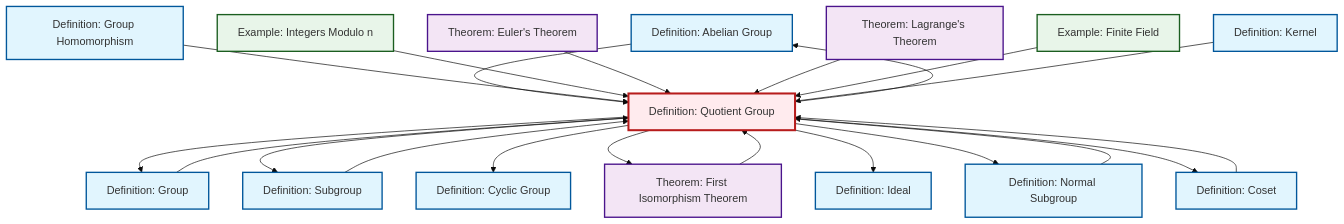
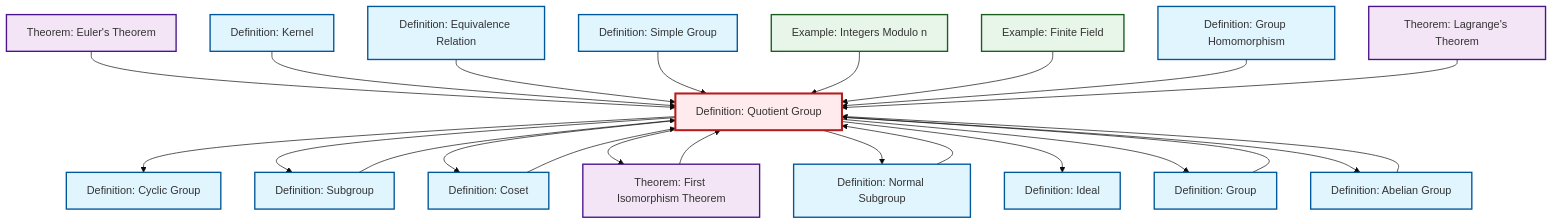
Before and after one commit to RK0429/ModernMath: the diagram in content/en/algebra/def-quotient-group.qmd, drawn with Mermaid (base theme). The commit also changed other lines of this file and 554 other files, not shown here.

````diff
--- a/content/en/algebra/def-quotient-group.qmd
+++ b/content/en/algebra/def-quotient-group.qmd
@@ -144,59 +145,65 @@
 ```{mermaid}
 %%| fig-cap: "Local dependency graph"
 graph TD
     classDef definition fill:#e1f5fe,stroke:#01579b,stroke-width:2px
     classDef theorem fill:#f3e5f5,stroke:#4a148c,stroke-width:2px
     classDef axiom fill:#fff3e0,stroke:#e65100,stroke-width:2px
     classDef example fill:#e8f5e9,stroke:#1b5e20,stroke-width:2px
     classDef current fill:#ffebee,stroke:#b71c1c,stroke-width:3px
+    def-quotient-group["Definition: Quotient Group"]:::definition
+    ex-finite-field["Example: Finite Field"]:::example
+    def-kernel["Definition: Kernel"]:::definition
     def-ideal["Definition: Ideal"]:::definition
     def-abelian-group["Definition: Abelian Group"]:::definition
+    def-subgroup["Definition: Subgroup"]:::definition
+    def-simple-group["Definition: Simple Group"]:::definition
     def-cyclic-group["Definition: Cyclic Group"]:::definition
-    ex-finite-field["Example: Finite Field"]:::example
-    def-quotient-group["Definition: Quotient Group"]:::definition
+    thm-euler["Theorem: Euler's Theorem"]:::theorem
+    ex-quotient-integers-mod-n["Example: Integers Modulo n"]:::example
+    def-group["Definition: Group"]:::definition
+    def-equivalence-relation["Definition: Equivalence Relation"]:::definition
+    def-normal-subgroup["Definition: Normal Subgroup"]:::definition
     def-homomorphism["Definition: Group Homomorphism"]:::definition
-    thm-euler["Theorem: Euler's Theorem"]:::theorem
+    def-coset["Definition: Coset"]:::definition
+    thm-lagrange["Theorem: Lagrange's Theorem"]:::theorem
     thm-first-isomorphism["Theorem: First Isomorphism Theorem"]:::theorem
-    def-group["Definition: Group"]:::definition
-    def-normal-subgroup["Definition: Normal Subgroup"]:::definition
-    def-subgroup["Definition: Subgroup"]:::definition
-    ex-quotient-integers-mod-n["Example: Integers Modulo n"]:::example
-    thm-lagrange["Theorem: Lagrange's Theorem"]:::theorem
-    def-coset["Definition: Coset"]:::definition
-    def-kernel["Definition: Kernel"]:::definition
+    def-coset --> def-quotient-group
+    def-quotient-group --> def-cyclic-group
+    def-quotient-group --> def-subgroup
+    thm-euler --> def-quotient-group
     def-group --> def-quotient-group
+    def-quotient-group --> def-coset
+    def-quotient-group --> thm-first-isomorphism
+    def-subgroup --> def-quotient-group
+    thm-first-isomorphism --> def-quotient-group
+    def-kernel --> def-quotient-group
+    def-equivalence-relation --> def-quotient-group
+    def-quotient-group --> def-normal-subgroup
+    def-simple-group --> def-quotient-group
+    ex-quotient-integers-mod-n --> def-quotient-group
+    def-quotient-group --> def-ideal
+    def-quotient-group --> def-group
+    ex-finite-field --> def-quotient-group
     def-abelian-group --> def-quotient-group
-    def-coset --> def-quotient-group
-    thm-first-isomorphism --> def-quotient-group
-    def-quotient-group --> def-group
-    def-subgroup --> def-quotient-group
-    def-quotient-group --> def-subgroup
+    def-quotient-group --> def-abelian-group
     def-homomorphism --> def-quotient-group
-    ex-quotient-integers-mod-n --> def-quotient-group
-    thm-euler --> def-quotient-group
-    def-quotient-group --> def-cyclic-group
+    def-normal-subgroup --> def-quotient-group
     thm-lagrange --> def-quotient-group
-    ex-finite-field --> def-quotient-group
-    def-kernel --> def-quotient-group
-    def-quotient-group --> def-abelian-group
-    def-quotient-group --> thm-first-isomorphism
-    def-quotient-group --> def-ideal
-    def-quotient-group --> def-normal-subgroup
-    def-quotient-group --> def-coset
-    def-normal-subgroup --> def-quotient-group
     class def-quotient-group current
+    click ex-finite-field "ex-finite-field.html" "Go to Finite Field example"
+    click def-kernel "def-kernel.html" "Go to Kernel definition"
     click def-ideal "def-ideal.html" "Go to Ideal definition"
     click def-abelian-group "def-abelian-group.html" "Go to Abelian Group definition"
+    click def-subgroup "def-subgroup.html" "Go to Subgroup definition"
+    click def-simple-group "def-simple-group.html" "Go to Simple Group definition"
     click def-cyclic-group "def-cyclic-group.html" "Go to Cyclic Group definition"
-    click ex-finite-field "ex-finite-field.html" "Go to Finite Field example"
+    click thm-euler "thm-euler.html" "Go to Euler's Theorem theorem"
+    click ex-quotient-integers-mod-n "ex-quotient-integers-mod-n.html" "Go to Integers Modulo n example"
+    click def-group "def-group.html" "Go to Group definition"
+    click def-equivalence-relation "def-equivalence-relation.html" "Go to Equivalence Relation definition"
+    click def-normal-subgroup "def-normal-subgroup.html" "Go to Normal Subgroup definition"
     click def-homomorphism "def-homomorphism.html" "Go to Group Homomorphism definition"
-    click thm-euler "thm-euler.html" "Go to Euler's Theorem theorem"
+    click def-coset "def-coset.html" "Go to Coset definition"
+    click thm-lagrange "thm-lagrange.html" "Go to Lagrange's Theorem theorem"
     click thm-first-isomorphism "thm-first-isomorphism.html" "Go to First Isomorphism Theorem theorem"
-    click def-group "def-group.html" "Go to Group definition"
-    click def-normal-subgroup "def-normal-subgroup.html" "Go to Normal Subgroup definition"
-    click def-subgroup "def-subgroup.html" "Go to Subgroup definition"
-    click ex-quotient-integers-mod-n "ex-quotient-integers-mod-n.html" "Go to Integers Modulo n example"
-    click thm-lagrange "thm-lagrange.html" "Go to Lagrange's Theorem theorem"
-    click def-coset "def-coset.html" "Go to Coset definition"
-    click def-kernel "def-kernel.html" "Go to Kernel definition"
 ```
````
